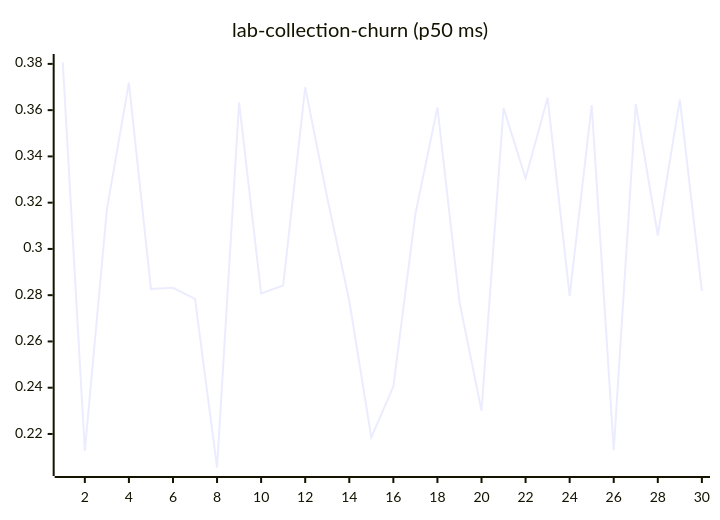
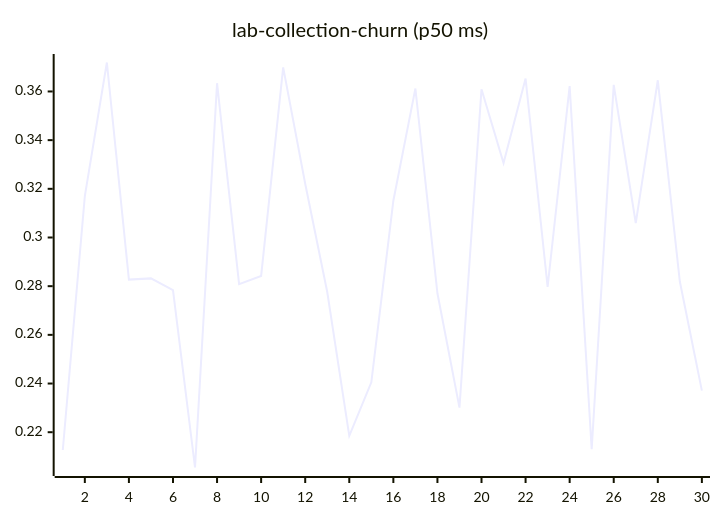
Diagram 11 of 27 in README.md (josha/Facet), drawn with Mermaid before and after one commit. The commit also changed other lines of this file and 2 other files, not shown here.

````diff
--- a/README.md
+++ b/README.md
@@ -133,6 +133,6 @@
 ```mermaid
 xychart-beta
     title "lab-collection-churn (p50 ms)"
     x-axis 1 --> 30
-    line [0.3806, 0.2127, 0.3170, 0.3719, 0.2827, 0.2832, 0.2784, 0.2055, 0.3634, 0.2808, 0.2842, 0.3699, 0.3221, 0.2776, 0.2185, 0.2405, 0.3151, 0.3612, 0.2771, 0.2301, 0.3609, 0.3306, 0.3653, 0.2797, 0.3622, 0.2130, 0.3627, 0.3059, 0.3646, 0.2819]
+    line [0.2127, 0.3170, 0.3719, 0.2827, 0.2832, 0.2784, 0.2055, 0.3634, 0.2808, 0.2842, 0.3699, 0.3221, 0.2776, 0.2185, 0.2405, 0.3151, 0.3612, 0.2771, 0.2301, 0.3609, 0.3306, 0.3653, 0.2797, 0.3622, 0.2130, 0.3627, 0.3059, 0.3646, 0.2819, 0.2371]
 ```
````
